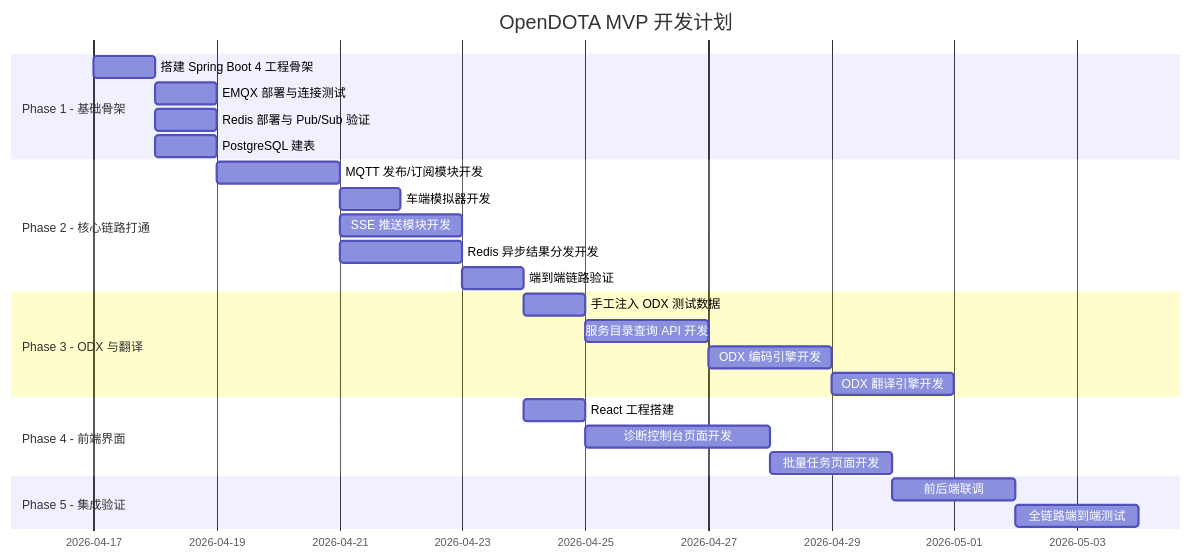
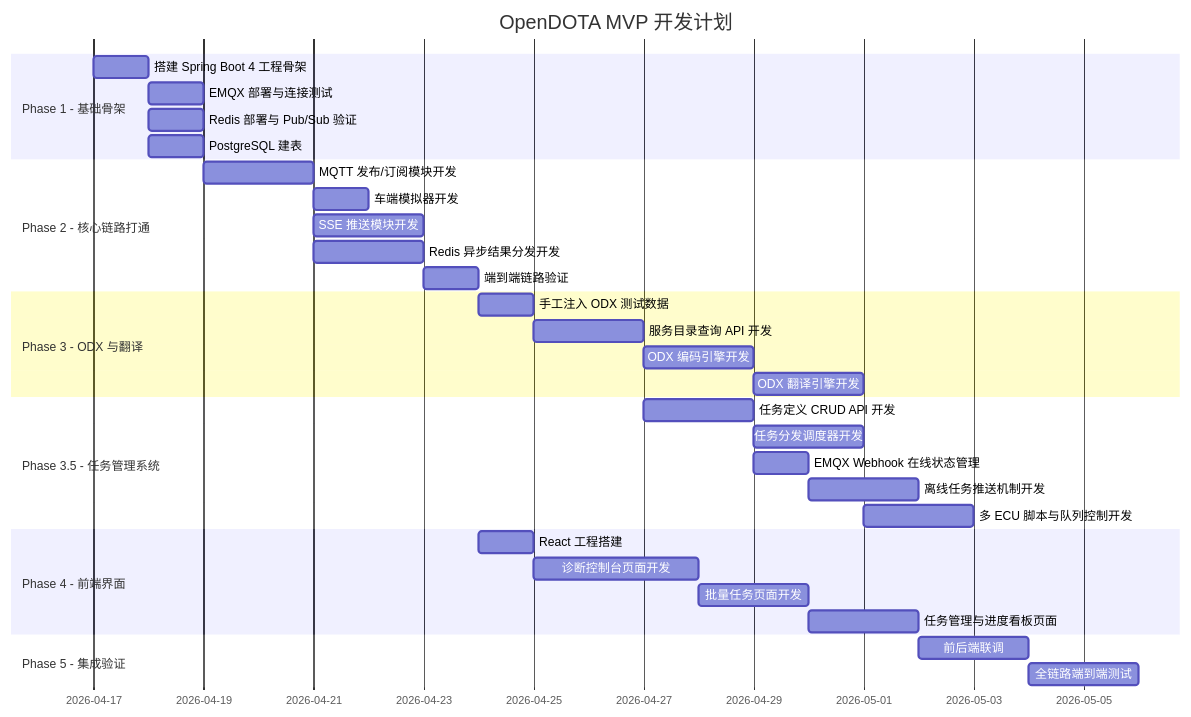
One commit to YuMinami/OpenDOTA changed the eighth of 8 diagrams in doc/opendota_tech_architecture.md. Above: the diagram before and after it, drawn with Mermaid. The commit also changed other lines of this file and 3 other files, not shown here.

Commit message:
docs: update architecture, protocol specifications, and database initialization script with design review documentation

````diff
--- a/doc/opendota_tech_architecture.md
+++ b/doc/opendota_tech_architecture.md
@@ -608,32 +1120,40 @@
 ```mermaid
 gantt
     title OpenDOTA MVP 开发计划
     dateFormat  YYYY-MM-DD
     section Phase 1 - 基础骨架
     搭建 Spring Boot 4 工程骨架      :p1_1, 2026-04-17, 1d
     EMQX 部署与连接测试              :p1_2, after p1_1, 1d
     Redis 部署与 Pub/Sub 验证         :p1_3, after p1_1, 1d
     PostgreSQL 建表                  :p1_4, after p1_1, 1d
 
     section Phase 2 - 核心链路打通
     MQTT 发布/订阅模块开发           :p2_1, after p1_2, 2d
     车端模拟器开发                    :p2_2, after p2_1, 1d
     SSE 推送模块开发                  :p2_3, after p2_1, 2d
     Redis 异步结果分发开发            :p2_4, after p2_1, 2d
     端到端链路验证                    :p2_5, after p2_4, 1d
 
     section Phase 3 - ODX 与翻译
     手工注入 ODX 测试数据             :p3_1, after p2_5, 1d
     服务目录查询 API 开发             :p3_2, after p3_1, 2d
     ODX 编码引擎开发                  :p3_3, after p3_2, 2d
     ODX 翻译引擎开发                  :p3_4, after p3_3, 2d
 
+    section Phase 3.5 - 任务管理系统
+    任务定义 CRUD API 开发            :p35_1, after p3_2, 2d
+    任务分发调度器开发                :p35_2, after p35_1, 2d
+    EMQX Webhook 在线状态管理       :p35_3, after p35_1, 1d
+    离线任务推送机制开发              :p35_4, after p35_3, 2d
+    多 ECU 脚本与队列控制开发          :p35_5, after p35_2, 2d
+
     section Phase 4 - 前端界面
     React 工程搭建                   :p4_1, after p2_5, 1d
     诊断控制台页面开发                :p4_2, after p4_1, 3d
     批量任务页面开发                  :p4_3, after p4_2, 2d
+    任务管理与进度看板页面            :p4_4, after p4_3, 2d
 
     section Phase 5 - 集成验证
-    前后端联调                       :p5_1, after p4_3, 2d
+    前后端联调                       :p5_1, after p4_4, 2d
     全链路端到端测试                  :p5_2, after p5_1, 2d
 ```
````
